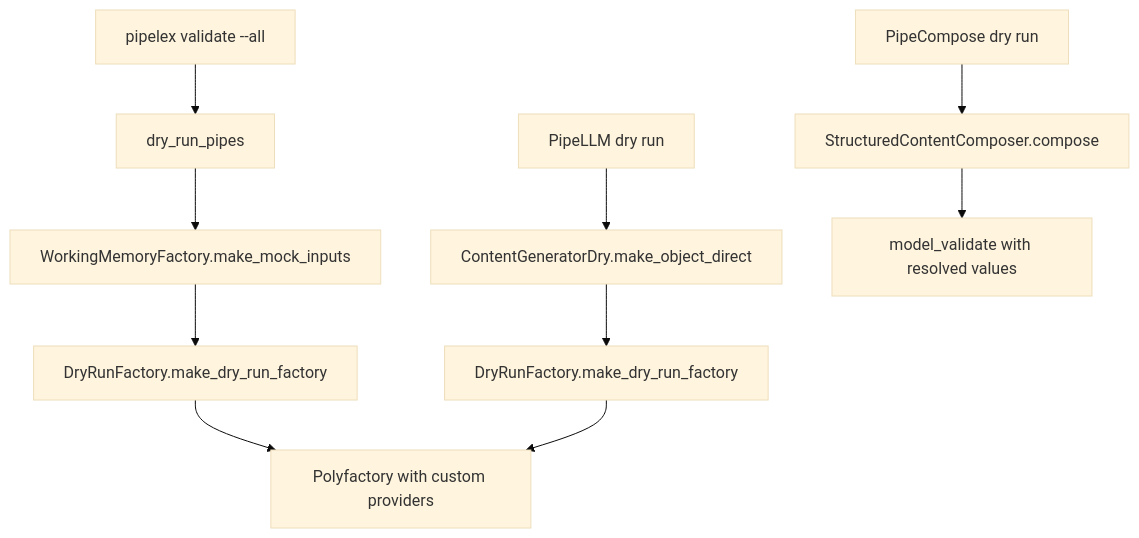
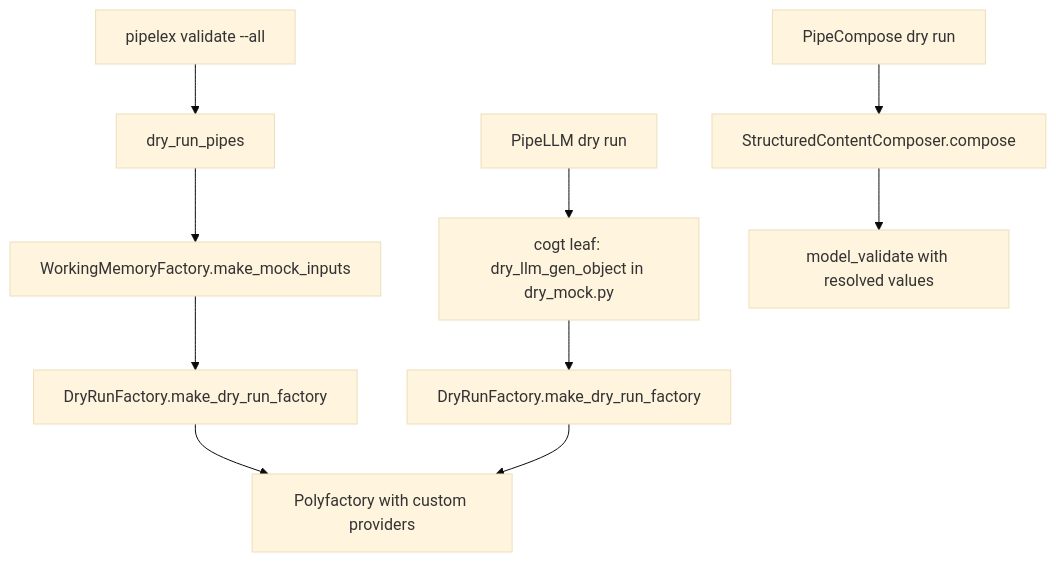
Before and after one commit to Pipelex/pipelex: the diagram in docs/under-the-hood/dry-run-mock-generation.md, drawn with Mermaid (base theme). The commit also changed other lines of this file and 56 other files, not shown here.

````diff
--- a/docs/under-the-hood/dry-run-mock-generation.md
+++ b/docs/under-the-hood/dry-run-mock-generation.md
@@ -34,14 +34,14 @@
 ```mermaid
 flowchart TD
     A[pipelex validate --all] --> B[dry_run_pipes]
     B --> C[WorkingMemoryFactory.make_mock_inputs]
     C --> D[DryRunFactory.make_dry_run_factory]
     D --> E[Polyfactory with custom providers]
 
-    F[PipeLLM dry run] --> G[ContentGeneratorDry.make_object_direct]
+    F[PipeLLM dry run] --> G[cogt leaf: dry_llm_gen_object in dry_mock.py]
     G --> H[DryRunFactory.make_dry_run_factory]
     H --> E
 
     I[PipeCompose dry run] --> J[StructuredContentComposer.compose]
     J --> K[model_validate with resolved values]
 ```
````
